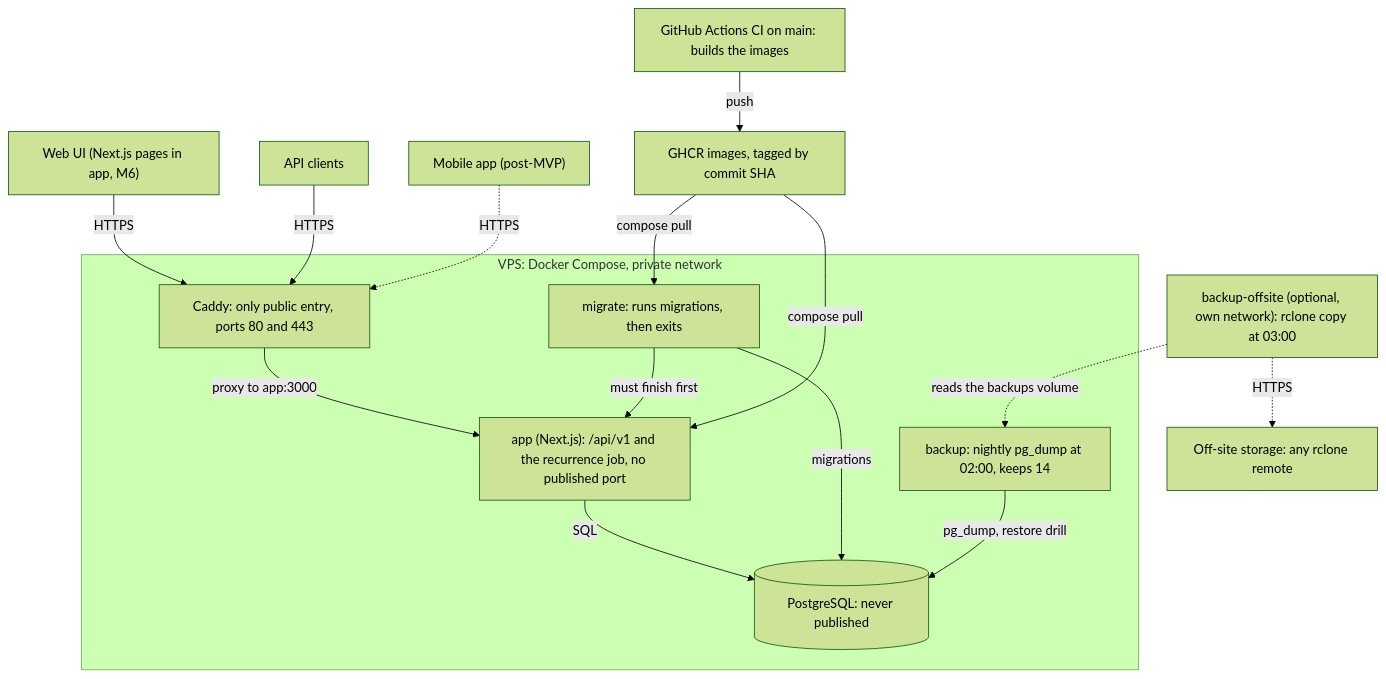
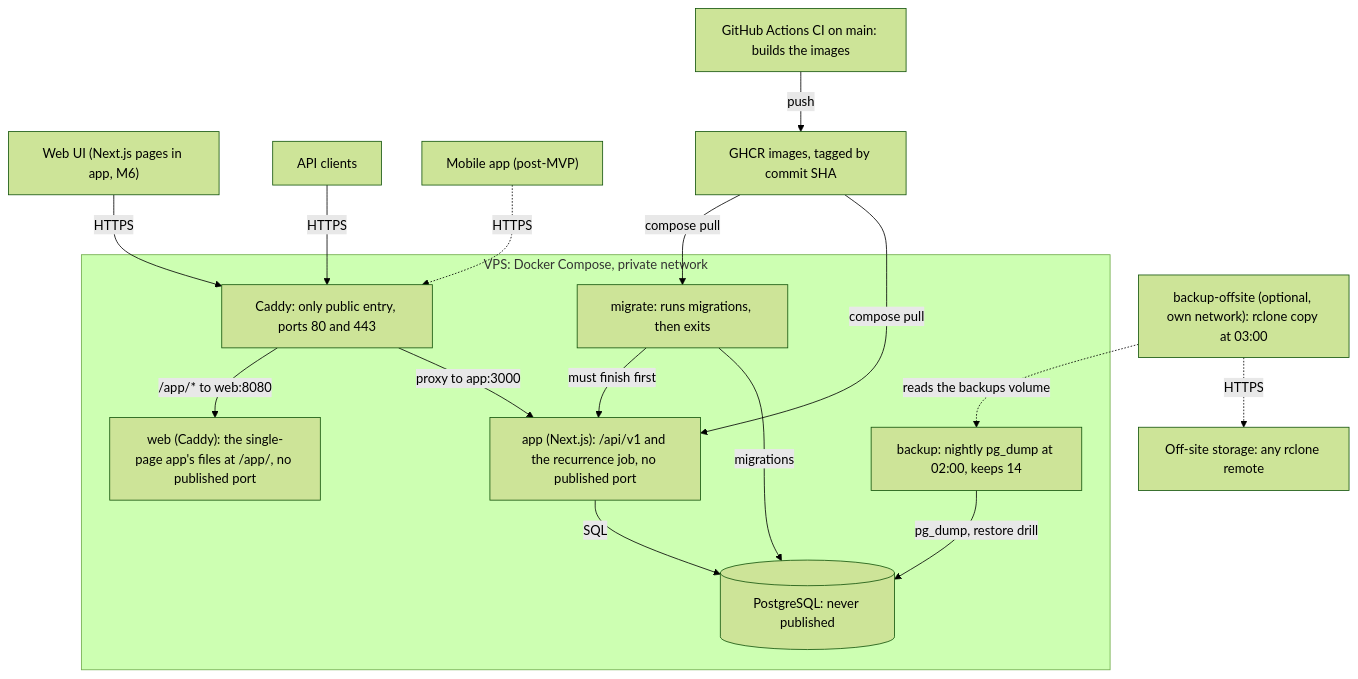
One commit to Facabore/Hearth changed the diagram in docs/architecture/README.md. Above: the diagram before and after it, drawn with Mermaid (forest theme). The commit also changed other lines of this file and 9 other files, not shown here.

First line of the commit message:
feat(ops): serve the single-page app at /app/ from a web image behind Caddy (Refs #199)

````diff
--- a/docs/architecture/README.md
+++ b/docs/architecture/README.md
@@ -11,33 +11,35 @@
 ```mermaid
 flowchart TB
     web["Web UI (Next.js pages in app, M6)"]
     clients["API clients"]
     mobile["Mobile app (post-MVP)"]
 
     subgraph vps ["VPS: Docker Compose, private network"]
         caddy["Caddy: only public entry, ports 80 and 443"]
         app["app (Next.js): /api/v1 and the recurrence job, no published port"]
+        spa["web (Caddy): the single-page app's files at /app/, no published port"]
         migrate["migrate: runs migrations, then exits"]
         db[("PostgreSQL: never published")]
         backup["backup: nightly pg_dump at 02:00, keeps 14"]
     end
     offsite["backup-offsite (optional, own network): rclone copy at 03:00"]
 
     ci["GitHub Actions CI on main: builds the images"]
     ghcr["GHCR images, tagged by commit SHA"]
     remote["Off-site storage: any rclone remote"]
 
     web -->|HTTPS| caddy
     clients -->|HTTPS| caddy
     mobile -.->|HTTPS| caddy
     caddy -->|"proxy to app:3000"| app
+    caddy -->|"/app/* to web:8080"| spa
     app -->|SQL| db
     migrate -->|migrations| db
     migrate -->|"must finish first"| app
     ci -->|push| ghcr
     ghcr -->|"compose pull"| app
     ghcr -->|"compose pull"| migrate
     backup -->|"pg_dump, restore drill"| db
     offsite -.->|"reads the backups volume"| backup
     offsite -.->|HTTPS| remote
 ```
````
